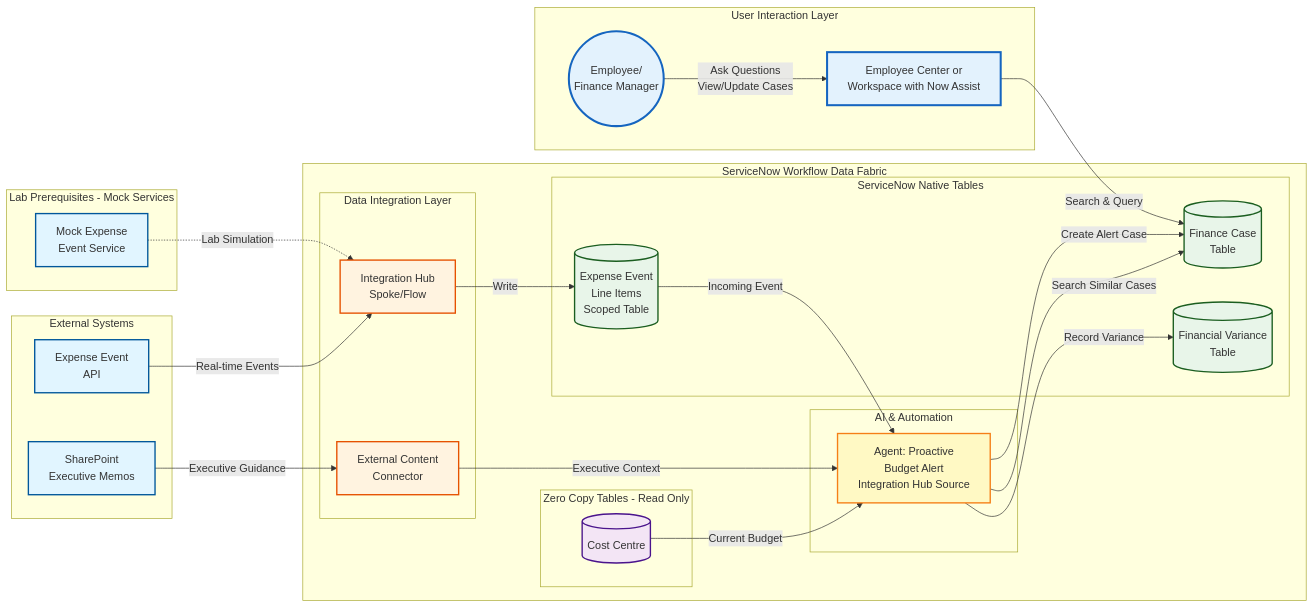
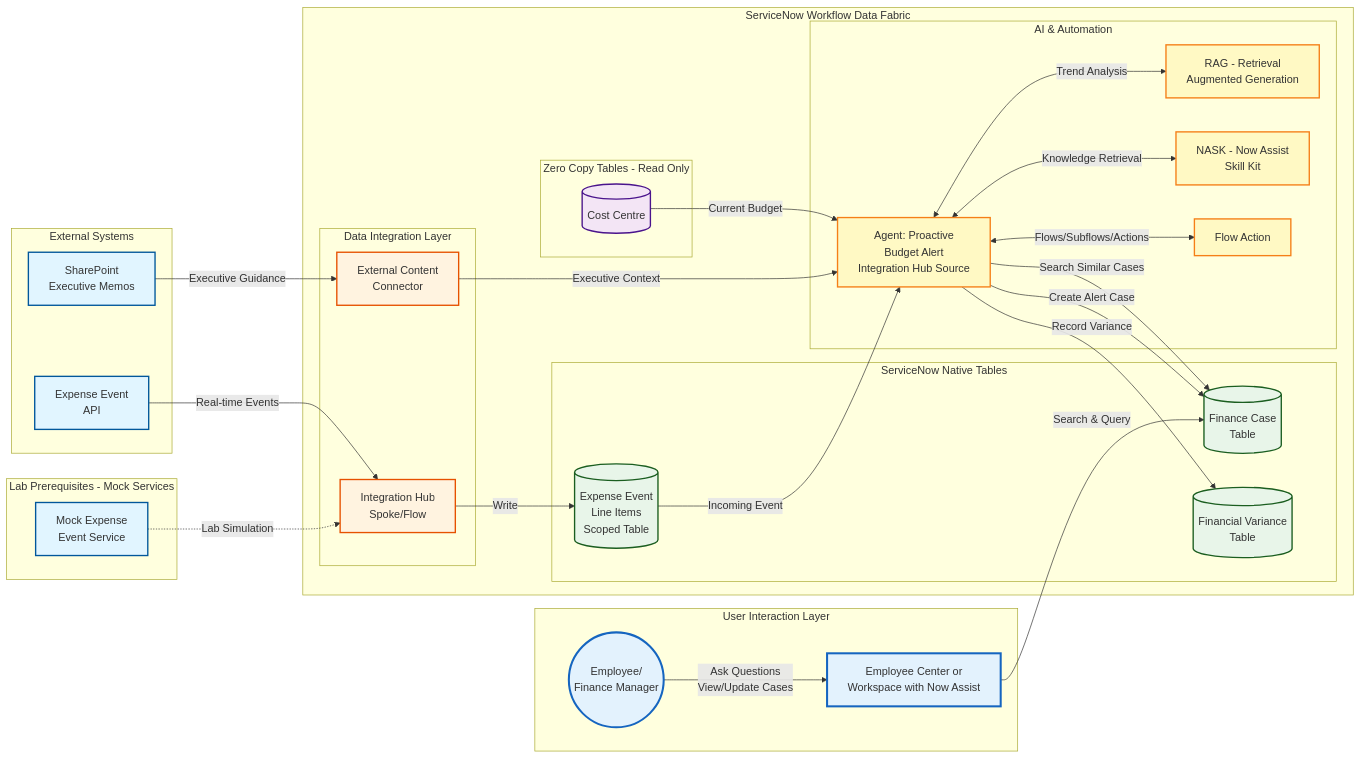
The diagram in 3_Integration_Hub.md (leojacinto/WorkflowDataFabric-TypeA), drawn with Mermaid before and after one commit.

Commit message:
GITBOOK-25: No subject

````diff
--- a/3_Integration_Hub.md
+++ b/3_Integration_Hub.md
@@ -11,72 +11,78 @@
 ```mermaid
 graph LR
     subgraph "User Interaction Layer"
         Employee((Employee/<br/>Finance Manager))
         EC[Employee Center or<br/> Workspace with Now Assist]
     end
 
     subgraph "External Systems"
         ExpenseAPI[Expense Event<br/>API]
         SharePoint[SharePoint<br/>Executive Memos]
     end
 
     subgraph "ServiceNow Workflow Data Fabric"
         subgraph "Data Integration Layer"
             IntHub[Integration Hub<br/>Spoke/Flow]
             ExtContent[External Content<br/>Connector]
         end
 
         subgraph "Zero Copy Tables - Read Only"
             ZCCC[(Cost Centre)]
         end
 
         subgraph "ServiceNow Native Tables"
             ExpenseTable[(Expense Event<br/>Line Items<br/>Scoped Table)]
             FinCase[(Finance Case<br/>Table)]
             FinVar[(Financial Variance<br/>Table)]
         end
 
         subgraph "AI & Automation"
             Agent2[Agent: Proactive<br/>Budget Alert<br/>Integration Hub Source]
+            RAG[RAG - Retrieval<br/>Augmented Generation]
+            NASK[NASK - Now Assist<br/>Skill Kit]
+            FlowAction[Flow Action]
         end
     end
 
     subgraph "Lab Prerequisites - Mock Services"
         MockExpense[Mock Expense<br/>Event Service]
     end
 
     %% Data Flow Connections
     ExpenseAPI -->|Real-time Events| IntHub
     MockExpense -.->|Lab Simulation| IntHub
     IntHub -->|Write| ExpenseTable
 
     SharePoint -->|Executive Guidance| ExtContent
 
     %% Agent 2 Workflow - Integration Hub Source
     ExpenseTable -->|Incoming Event| Agent2
     ZCCC -->|Current Budget| Agent2
     Agent2 -->|Search Similar Cases| FinCase
     ExtContent -->|Executive Context| Agent2
     Agent2 -->|Create Alert Case| FinCase
     Agent2 -->|Record Variance| FinVar
+    Agent2 <-->|Trend Analysis| RAG
+    Agent2 <-->|Knowledge Retrieval| NASK
+    Agent2 <-->|Flows/Subflows/Actions| FlowAction
 
     %% User Interaction Connections
     Employee -->|Ask Questions<br/>View/Update Cases| EC
     EC -->|Search & Query| FinCase
 
     %% Styling
     classDef external fill:#e1f5ff,stroke:#01579b,stroke-width:2px
     classDef integration fill:#fff3e0,stroke:#e65100,stroke-width:2px
     classDef zeroCopy fill:#f3e5f5,stroke:#4a148c,stroke-width:2px
     classDef native fill:#e8f5e9,stroke:#1b5e20,stroke-width:2px
     classDef ai fill:#fff9c4,stroke:#f57f17,stroke-width:2px
     classDef user fill:#e3f2fd,stroke:#1565c0,stroke-width:3px
 
     class ExpenseAPI,SharePoint external
     class IntHub,ExtContent integration
     class ZCCC zeroCopy
     class ExpenseTable,FinCase,FinVar native
-    class Agent2,NLQuery ai
+    class Agent2,NLQuery,RAG,NASK,FlowAction ai
     class MockExpense external
     class Employee,EC user
 ```
````
